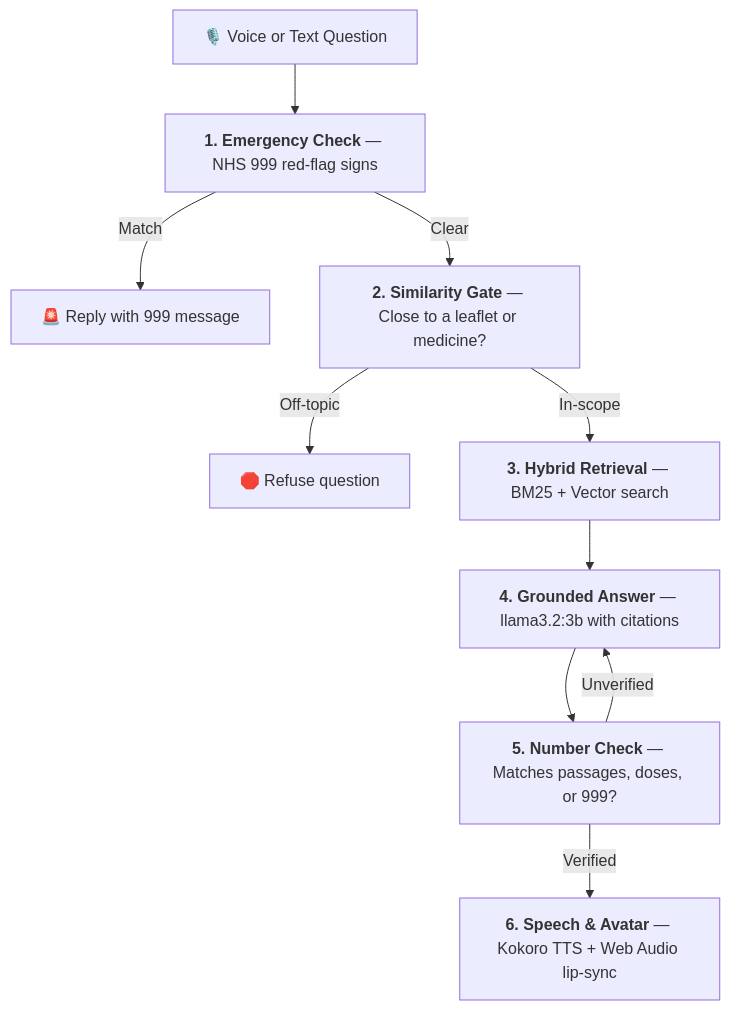
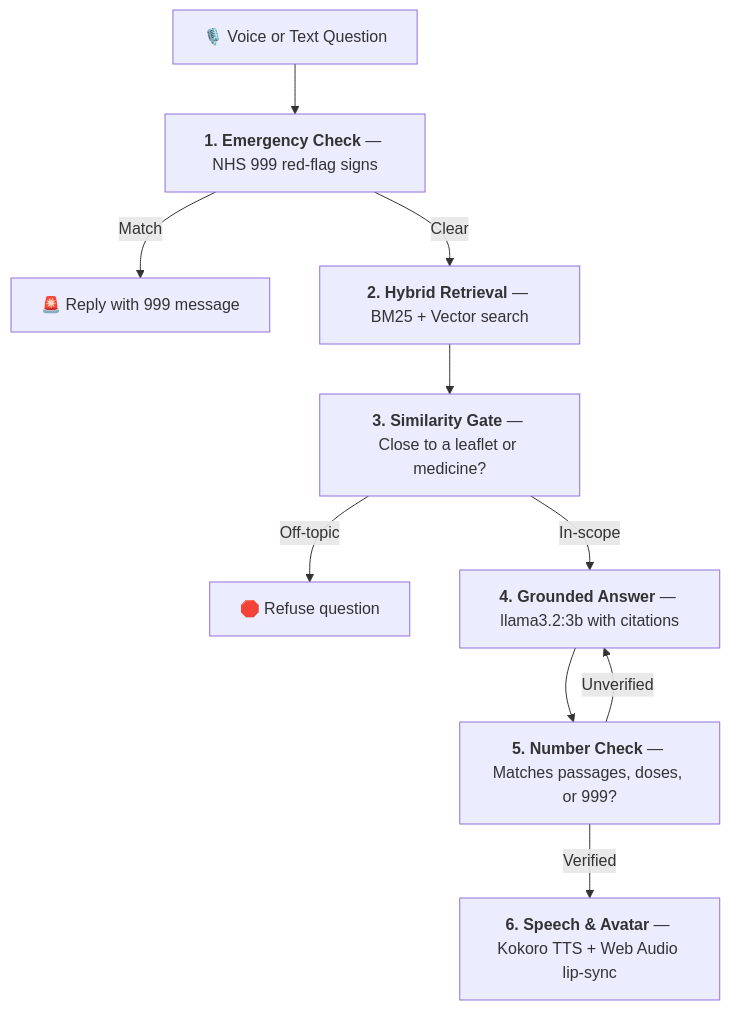
The diagram in README.md (ersan-eke/medmate), drawn with Mermaid before and after one commit. The commit also changed other lines of this file, not shown here.

Commit message:
README: retrieval runs before the similarity gate
The gate uses the retrieval similarity scores, so it comes after the search (backend/pipeline.py).

````diff
--- a/README.md
+++ b/README.md
@@ -122,12 +122,12 @@
 ```mermaid
 flowchart TD
     Q["🎙️ Voice or Text Question"] --> E["<b>1. Emergency Check</b> — NHS 999 red-flag signs"]
     E -- "Match" --> E999["🚨 Reply with 999 message"]
-    E -- "Clear" --> G["<b>2. Similarity Gate</b> — Close to a leaflet or medicine?"]
+    E -- "Clear" --> R["<b>2. Hybrid Retrieval</b> — BM25 + Vector search"]
+    R --> G["<b>3. Similarity Gate</b> — Close to a leaflet or medicine?"]
     G -- "Off-topic" --> REF["🛑 Refuse question"]
-    G -- "In-scope" --> R["<b>3. Hybrid Retrieval</b> — BM25 + Vector search"]
-    R --> L["<b>4. Grounded Answer</b> — llama3.2:3b with citations"]
+    G -- "In-scope" --> L["<b>4. Grounded Answer</b> — llama3.2:3b with citations"]
     L --> N["<b>5. Number Check</b> — Matches passages, doses, or 999?"]
     N -- "Unverified" --> L
     N -- "Verified" --> S["<b>6. Speech & Avatar</b> — Kokoro TTS + Web Audio lip-sync"]
 ```
````
